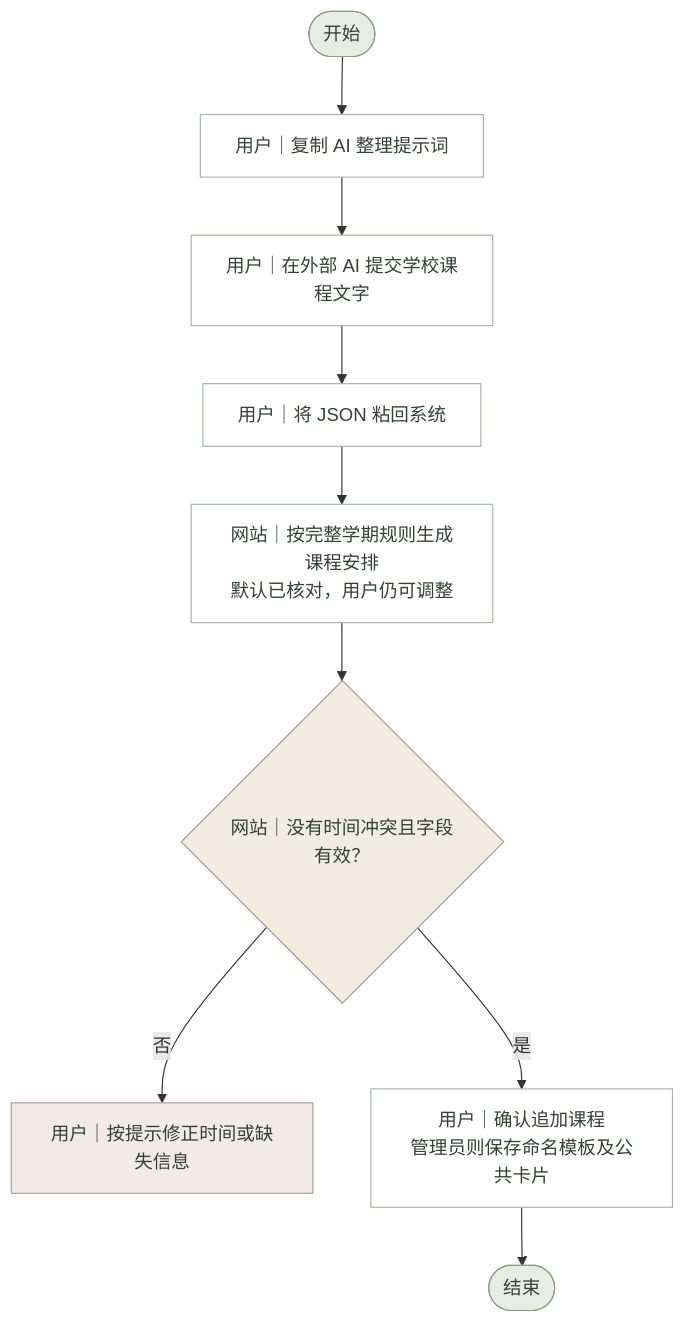
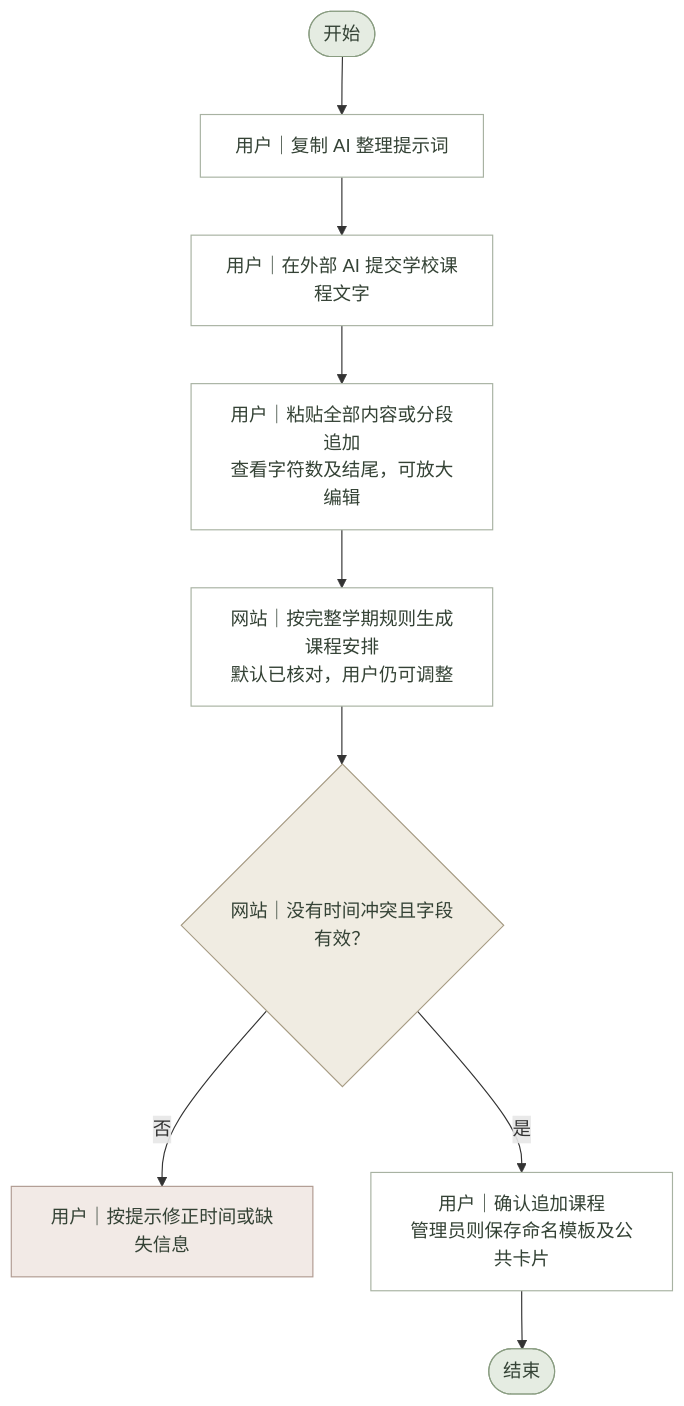
Before and after one commit to lichen-lc123/class-assistant: the diagram in 需求文档/课表功能/流程图源文件/业务流程图/外部AI内容导入.mmd, drawn with Mermaid. The commit also changed 42 other files, not shown here.

```diff
--- a/需求文档/课表功能/流程图源文件/业务流程图/外部AI内容导入.mmd
+++ b/需求文档/课表功能/流程图源文件/业务流程图/外部AI内容导入.mmd
@@ -1,33 +1,33 @@
 %% 外部AI内容导入 · 业务流程图 · 当前版 · 2026-11-09
 flowchart TD
     N0(["开始"])
     N1["用户｜复制 AI 整理提示词"]
     N2["用户｜在外部 AI 提交学校课程文字"]
-    N3["用户｜将 JSON 粘回系统"]
+    N3["用户｜粘贴全部内容或分段追加<br/>查看字符数及结尾，可放大编辑"]
     N4["网站｜按完整学期规则生成课程安排<br/>默认已核对，用户仍可调整"]
     N5{"网站｜没有时间冲突且字段有效？"}
     B5["用户｜按提示修正时间或缺失信息"]
     N6["用户｜确认追加课程<br/>管理员则保存命名模板及公共卡片"]
     N7(["结束"])
     N0 --> N1
     N1 --> N2
     N2 --> N3
     N3 --> N4
     N4 --> N5
     N5 -->|否| B5
     N5 -->|是| N6
     N6 --> N7
     classDef normal fill:#FFFFFF,stroke:#A8B2A2,color:#344235;
     classDef decision fill:#F0ECE2,stroke:#A69B83,color:#344235;
     classDef terminal fill:#E5ECE2,stroke:#8A9D82,color:#344235;
     classDef exception fill:#F2EAE6,stroke:#B09B91,color:#344235;
     classDef database fill:#E7EDF0,stroke:#8A9CA6,color:#344235;
     class N0 terminal;
     class N1 normal;
     class N2 normal;
     class N3 normal;
     class N4 normal;
     class N5 decision;
     class B5 exception;
     class N6 normal;
     class N7 terminal;
```
